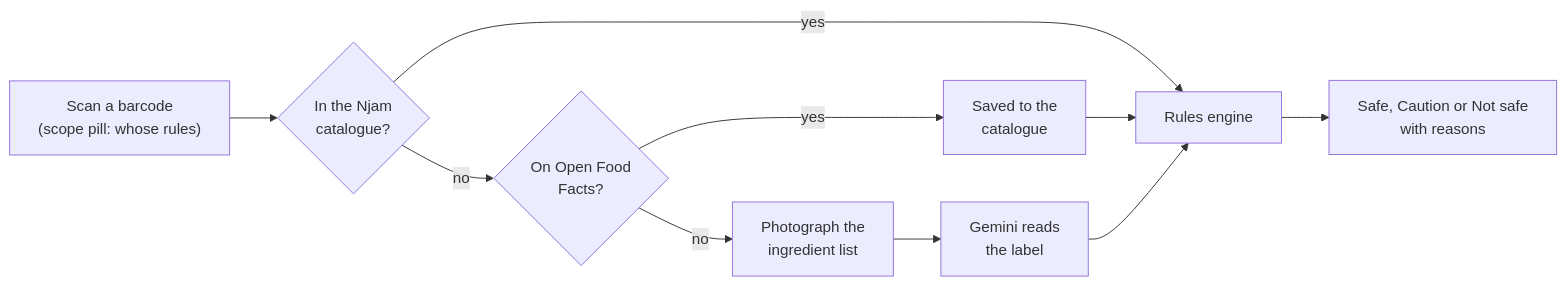
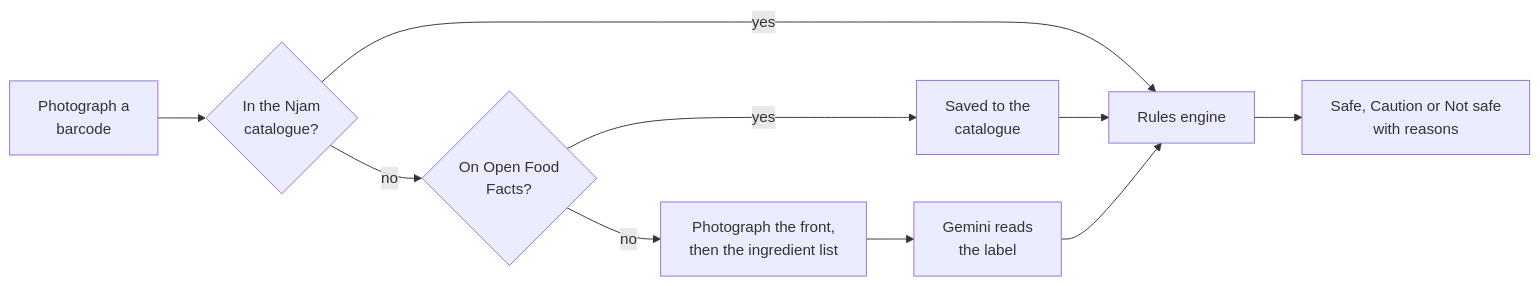
One commit to OpenWindow231312/njam-app changed the first of 2 diagrams in README.md. Above: the diagram before and after it, drawn with Mermaid. The commit also changed other lines of this file and 1 other file, not shown here.

Commit message:
docs: describe the shutter scanner in the README and scope

````diff
--- a/README.md
+++ b/README.md
@@ -152,12 +152,12 @@
 ```mermaid
 flowchart LR
-    A["Scan a barcode<br/>(scope pill: whose rules)"] --> B{"In the Njam<br/>catalogue?"}
+    A["Photograph a<br/>barcode"] --> B{"In the Njam<br/>catalogue?"}
     B -- yes --> V["Rules engine"]
     B -- no --> C{"On Open Food<br/>Facts?"}
     C -- yes --> S["Saved to the<br/>catalogue"]
     S --> V
-    C -- no --> D["Photograph the<br/>ingredient list"]
+    C -- no --> D["Photograph the front,<br/>then the ingredient list"]
     D --> E["Gemini reads<br/>the label"]
     E --> V
     V --> R["Safe, Caution or Not safe<br/>with reasons"]
 ```
````
